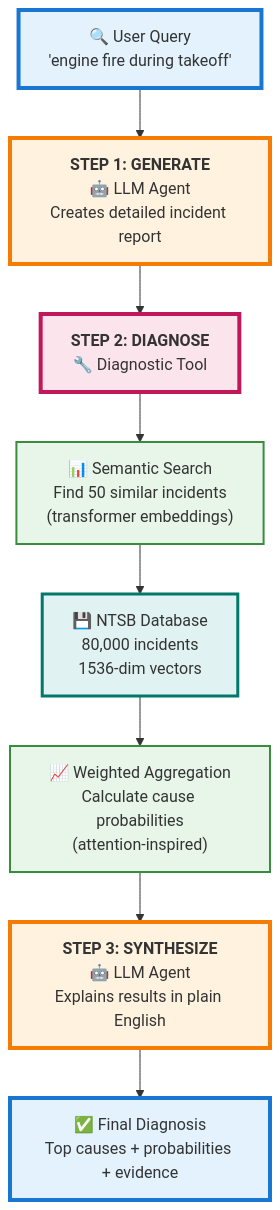
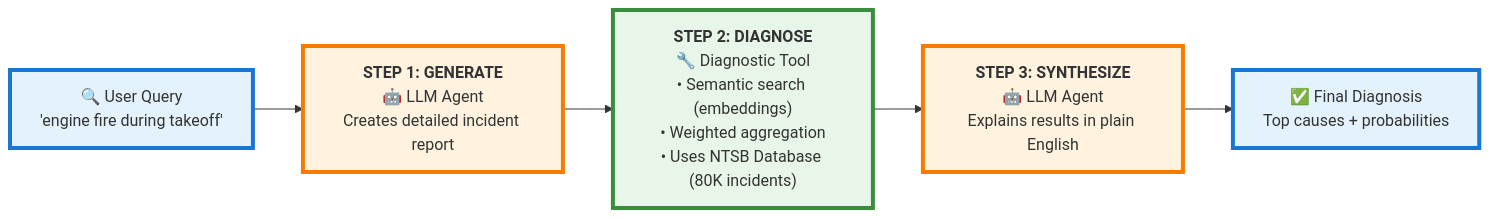
Before and after one commit to Kshetkar1/NTSB-aviation-diagnosis-Transformers-Project: the first of 2 diagrams in README_PRESENTATION.md, drawn with Mermaid.

Commit message:
Simplify workflow diagram to horizontal left-to-right flow
Changed from vertical (TD) to horizontal (LR) diagram:
- No scrolling needed during presentation
- Cleaner 5-box flow: Query → Generate → Diagnose → Synthesize → Output
- Step 2 consolidated (semantic search + weighted aggregation)
- Easier to explain in 50-second problem statement

🤖 Generated with Claude Code

````diff
--- a/README_PRESENTATION.md
+++ b/README_PRESENTATION.md
@@ -38,25 +38,20 @@
 ```mermaid
-graph TD
+graph LR
     Query["🔍 User Query<br/>'engine fire during takeoff'"]
 
-    Query --> Step1["<b>STEP 1: GENERATE</b><br/>🤖 LLM Agent<br/>Creates detailed incident report"]
+    Step1["<b>STEP 1: GENERATE</b><br/>🤖 LLM Agent<br/>Creates detailed incident report"]
 
-    Step1 --> Step2["<b>STEP 2: DIAGNOSE</b><br/>🔧 Diagnostic Tool"]
+    Step2["<b>STEP 2: DIAGNOSE</b><br/>🔧 Diagnostic Tool<br/>• Semantic search (embeddings)<br/>• Weighted aggregation<br/>• Uses NTSB Database (80K incidents)"]
 
-    Step2 --> Search["📊 Semantic Search<br/>Find 50 similar incidents<br/>(transformer embeddings)"]
-    Search --> Data["💾 NTSB Database<br/>80,000 incidents<br/>1536-dim vectors"]
-    Data --> Aggregate["📈 Weighted Aggregation<br/>Calculate cause probabilities<br/>(attention-inspired)"]
+    Step3["<b>STEP 3: SYNTHESIZE</b><br/>🤖 LLM Agent<br/>Explains results in plain English"]
 
-    Aggregate --> Step3["<b>STEP 3: SYNTHESIZE</b><br/>🤖 LLM Agent<br/>Explains results in plain English"]
+    Output["✅ Final Diagnosis<br/>Top causes + probabilities"]
 
-    Step3 --> Output["✅ Final Diagnosis<br/>Top causes + probabilities + evidence"]
+    Query --> Step1 --> Step2 --> Step3 --> Output
 
     style Query fill:#e3f2fd,stroke:#1976d2,stroke-width:4px
     style Step1 fill:#fff3e0,stroke:#f57c00,stroke-width:4px
-    style Step2 fill:#fce4ec,stroke:#c2185b,stroke-width:4px
+    style Step2 fill:#e8f5e9,stroke:#388e3c,stroke-width:4px
     style Step3 fill:#fff3e0,stroke:#f57c00,stroke-width:4px
-    style Search fill:#e8f5e9,stroke:#388e3c,stroke-width:2px
-    style Data fill:#e0f2f1,stroke:#00796b,stroke-width:3px
-    style Aggregate fill:#e8f5e9,stroke:#388e3c,stroke-width:2px
     style Output fill:#e3f2fd,stroke:#1976d2,stroke-width:4px
 ```
````
